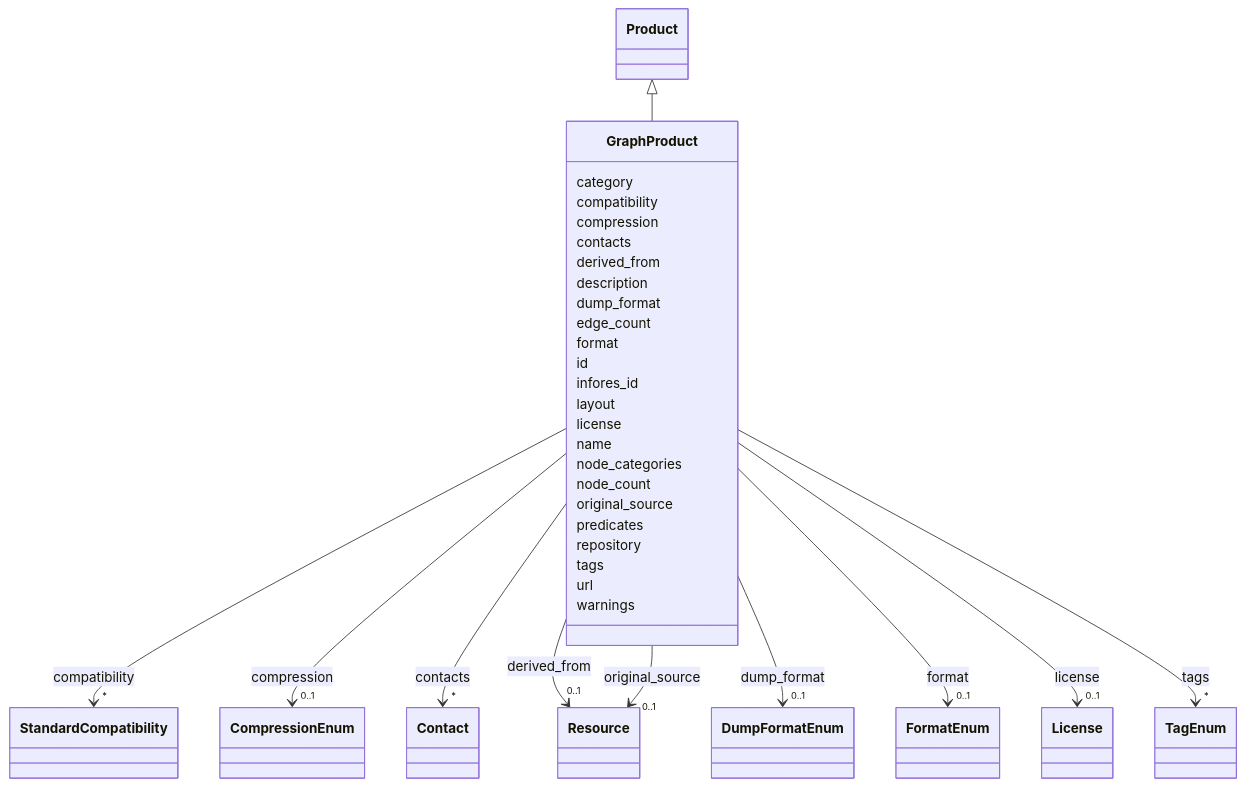
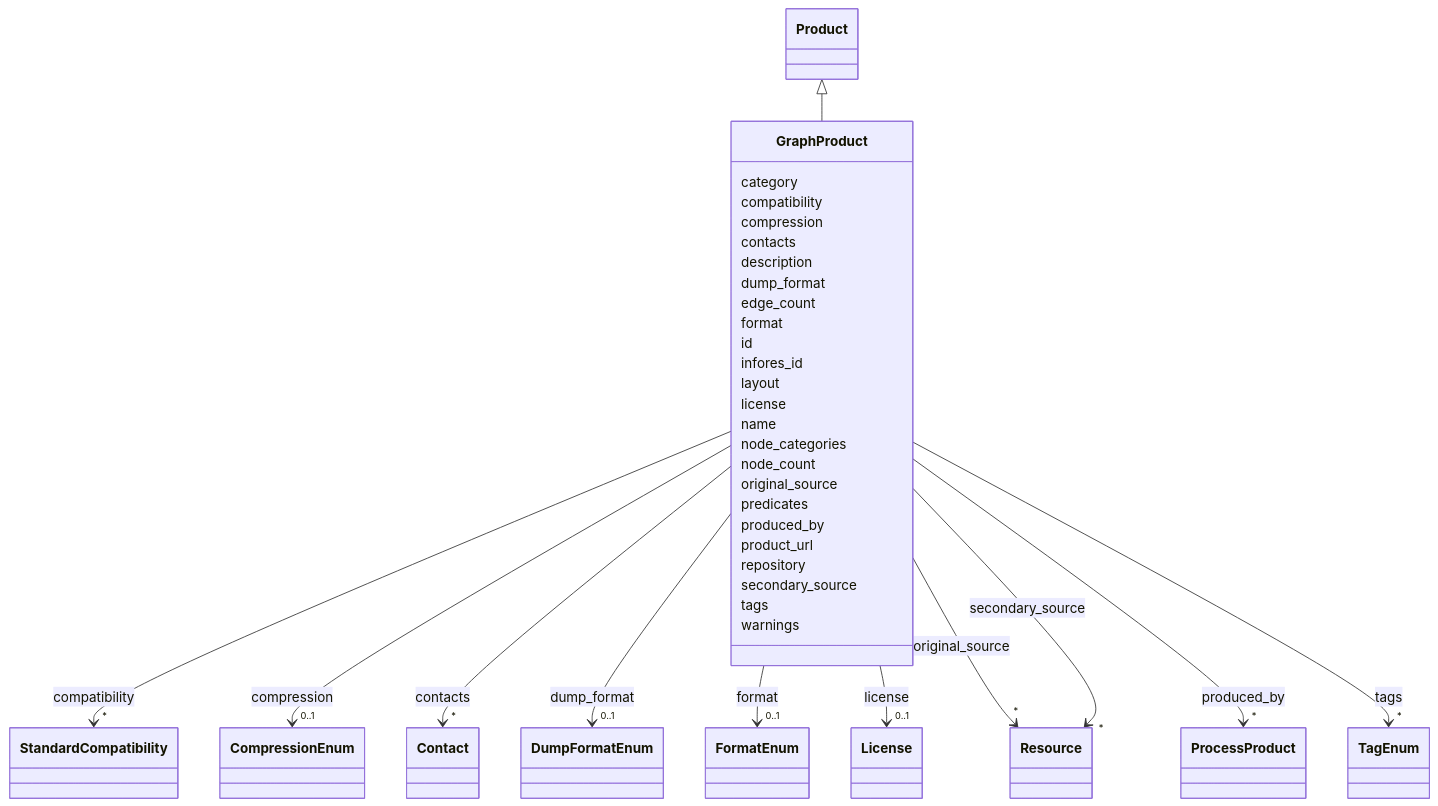
Before and after one commit to Knowledge-Graph-Hub/kg-registry: the diagram in docs/schema/GraphProduct.md, drawn with Mermaid. The commit also changed other lines of this file and 56 other files, not shown here.

```diff
--- a/docs/schema/GraphProduct.md
+++ b/docs/schema/GraphProduct.md
@@ -55,15 +55,6 @@
     
     GraphProduct --> "*" Contact : contacts
     click Contact href "Contact.html"
-
-        
-      GraphProduct : derived_from
-        
-          
-    
-    
-    GraphProduct --> "0..1" Resource : derived_from
-    click Resource href "Resource.html"
 
         
       GraphProduct : description
@@ -114,13 +105,33 @@
           
     
     
-    GraphProduct --> "0..1" Resource : original_source
+    GraphProduct --> "*" Resource : original_source
     click Resource href "Resource.html"
 
         
       GraphProduct : predicates
         
+      GraphProduct : produced_by
+        
+          
+    
+    
+    GraphProduct --> "*" ProcessProduct : produced_by
+    click ProcessProduct href "ProcessProduct.html"
+
+        
+      GraphProduct : product_url
+        
       GraphProduct : repository
+        
+      GraphProduct : secondary_source
+        
+          
+    
+    
+    GraphProduct --> "*" Resource : secondary_source
+    click Resource href "Resource.html"
+
         
       GraphProduct : tags
         
@@ -131,8 +142,6 @@
     click TagEnum href "TagEnum.html"
 
         
-      GraphProduct : url
-        
       GraphProduct : warnings
         
       
```
